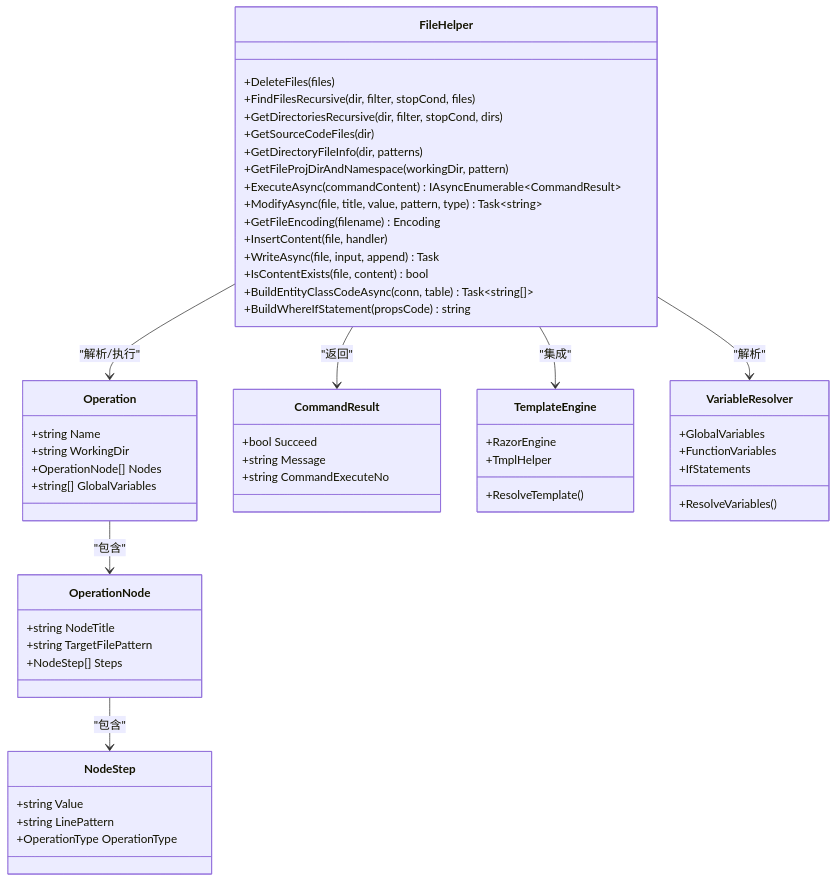
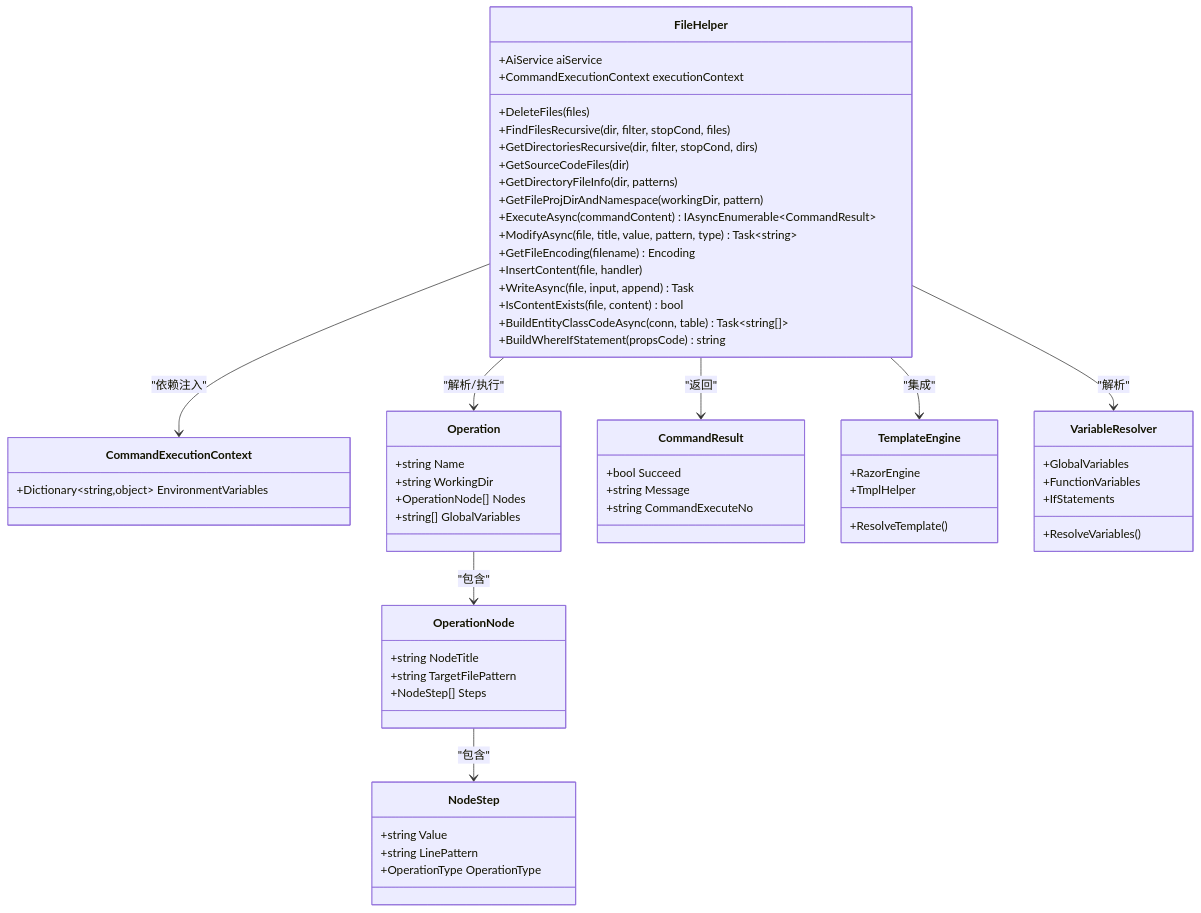
One commit to Sosososolong/AirGo changed the second of 8 diagrams in .qoder/repowiki/zh/content/项目概述/核心特性/工具库系统/文件操作工具/文件操作工具.md. Above: the diagram before and after it, drawn with Mermaid. The commit also changed other lines of this file and 7 other files, not shown here.

````diff
--- a/.qoder/repowiki/zh/content/项目概述/核心特性/工具库系统/文件操作工具/文件操作工具.md
+++ b/.qoder/repowiki/zh/content/项目概述/核心特性/工具库系统/文件操作工具/文件操作工具.md
@@ -109,57 +107,63 @@
 ```mermaid
 classDiagram
 class FileHelper {
++AiService aiService
++CommandExecutionContext executionContext
 +DeleteFiles(files)
 +FindFilesRecursive(dir, filter, stopCond, files)
 +GetDirectoriesRecursive(dir, filter, stopCond, dirs)
 +GetSourceCodeFiles(dir)
 +GetDirectoryFileInfo(dir, patterns)
 +GetFileProjDirAndNamespace(workingDir, pattern)
 +ExecuteAsync(commandContent) IAsyncEnumerable~CommandResult~
 +ModifyAsync(file, title, value, pattern, type) Task~string~
 +GetFileEncoding(filename) Encoding
 +InsertContent(file, handler)
 +WriteAsync(file, input, append) Task
 +IsContentExists(file, content) bool
 +BuildEntityClassCodeAsync(conn, table) Task~string[]~
 +BuildWhereIfStatement(propsCode) string
+}
+class CommandExecutionContext {
++Dictionary~string,object~ EnvironmentVariables
 }
 class Operation {
 +string Name
 +string WorkingDir
 +OperationNode[] Nodes
 +string[] GlobalVariables
 }
 class OperationNode {
 +string NodeTitle
 +string TargetFilePattern
 +NodeStep[] Steps
 }
 class NodeStep {
 +string Value
 +string LinePattern
 +OperationType OperationType
 }
 class CommandResult {
 +bool Succeed
 +string Message
 +string CommandExecuteNo
 }
 class TemplateEngine {
 +RazorEngine
 +TmplHelper
 +ResolveTemplate()
 }
 class VariableResolver {
 +GlobalVariables
 +FunctionVariables
 +IfStatements
 +ResolveVariables()
 }
+FileHelper --> CommandExecutionContext : "依赖注入"
 FileHelper --> Operation : "解析/执行"
 Operation --> OperationNode : "包含"
 OperationNode --> NodeStep : "包含"
 FileHelper --> CommandResult : "返回"
 FileHelper --> TemplateEngine : "集成"
 FileHelper --> VariableResolver : "解析"
 ```
````
